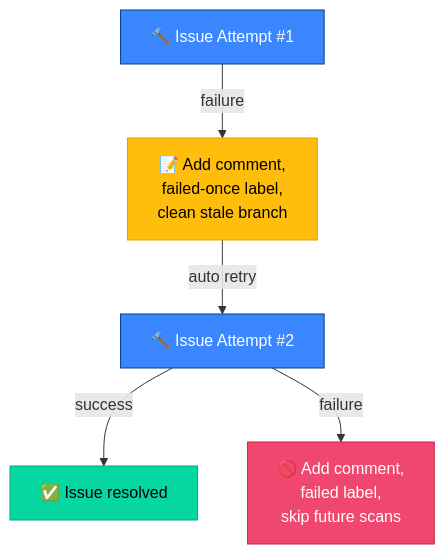
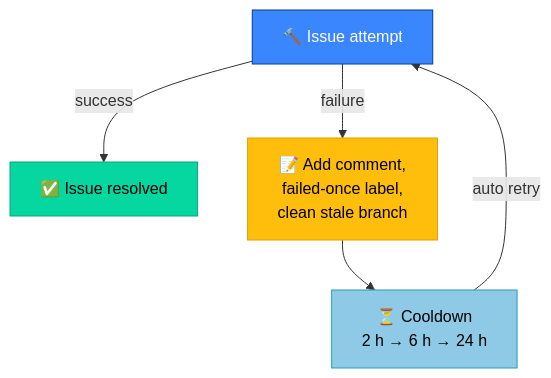
Before and after one commit to stSoftwareAU/VibeCoder: the first of 4 diagrams in docs/USAGE.md, drawn with Mermaid. The commit also changed other lines of this file and 60 other files, not shown here.

First line of the commit message:
Never park an assigned issue: drop the terminal failed label and the repeated-failure hand-off (#4158)

````diff
--- a/docs/USAGE.md
+++ b/docs/USAGE.md
@@ -307,13 +309,12 @@
 ```mermaid
 flowchart TD
-    A["🔨 Issue Attempt #1"] -->|failure| B["📝 Add comment,\nfailed-once label,\nclean stale branch"]
-    B -->|auto retry| C["🔨 Issue Attempt #2"]
-    C -->|success| D["✅ Issue resolved"]
-    C -->|failure| E["🚫 Add comment,\nfailed label,\nskip future scans"]
+    A["🔨 Issue attempt"] -->|success| D["✅ Issue resolved"]
+    A -->|failure| B["📝 Add comment,\nfailed-once label,\nclean stale branch"]
+    B --> C["⏳ Cooldown\n2 h → 6 h → 24 h"]
+    C -->|auto retry| A
 
     style A fill:#3a86ff,stroke:#023e8a,color:#fff
     style B fill:#ffbe0b,stroke:#e09f00,color:#000
-    style C fill:#3a86ff,stroke:#023e8a,color:#fff
+    style C fill:#8ecae6,stroke:#219ebc,color:#000
     style D fill:#06d6a0,stroke:#05a77d,color:#000
-    style E fill:#ef476f,stroke:#c5233c,color:#fff
 ```
````
